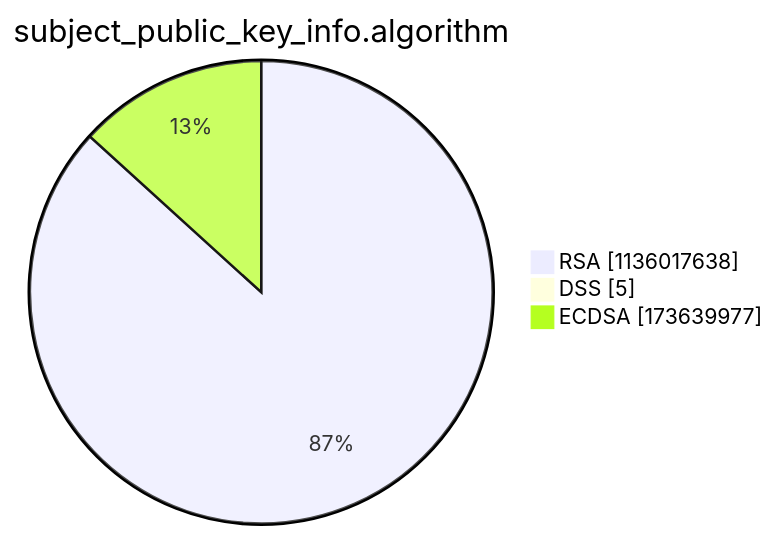
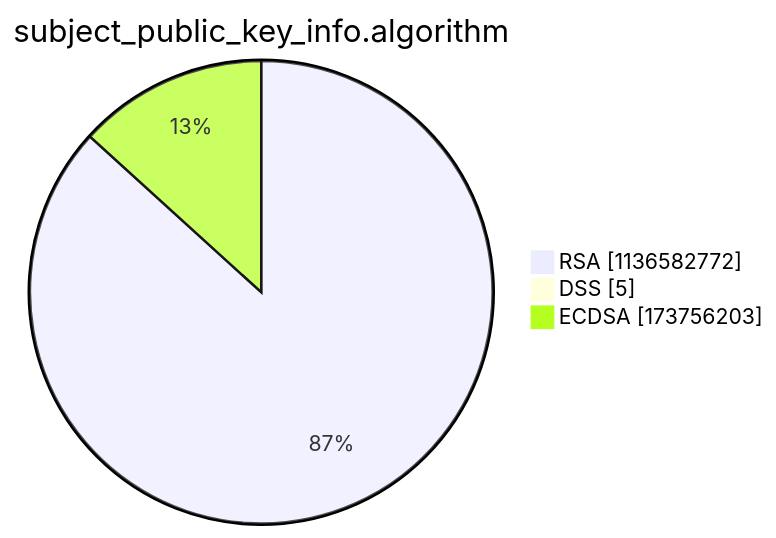
The third of 15 diagrams in argon2022/README.md (christiankrug/ctmonitor_visualization), drawn with Mermaid before and after one commit. The commit also changed other lines of this file, not shown here.

````diff
--- a/argon2022/README.md
+++ b/argon2022/README.md
@@ -14,7 +14,7 @@
 ```mermaid
 pie showData
 title subject_public_key_info.algorithm
-"RSA" :1136017638
+"RSA" :1136582772
 "DSS" :5
-"ECDSA" :173639977
+"ECDSA" :173756203
 ```
````
